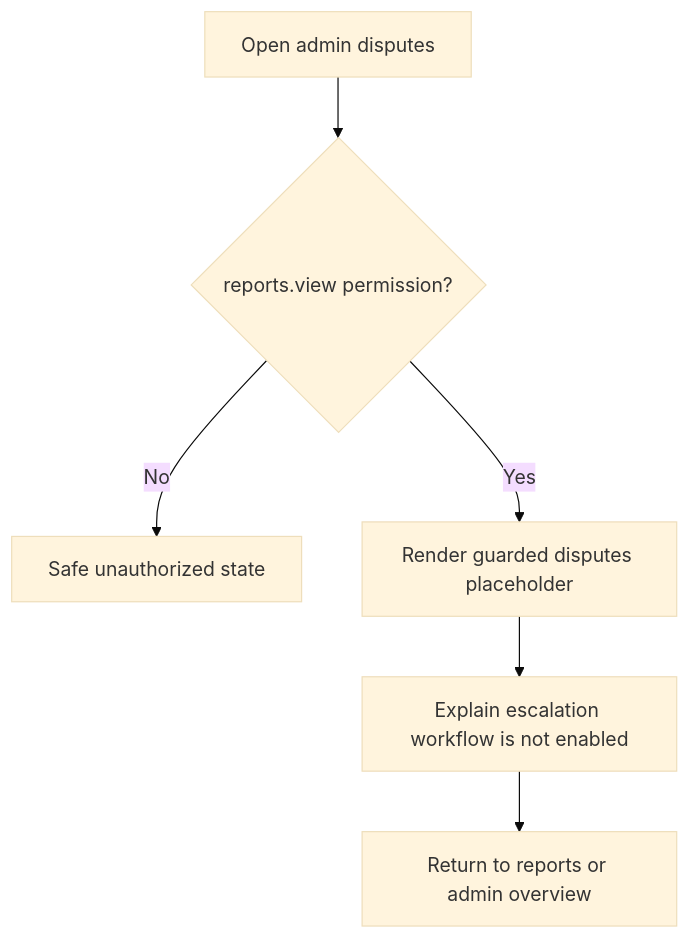
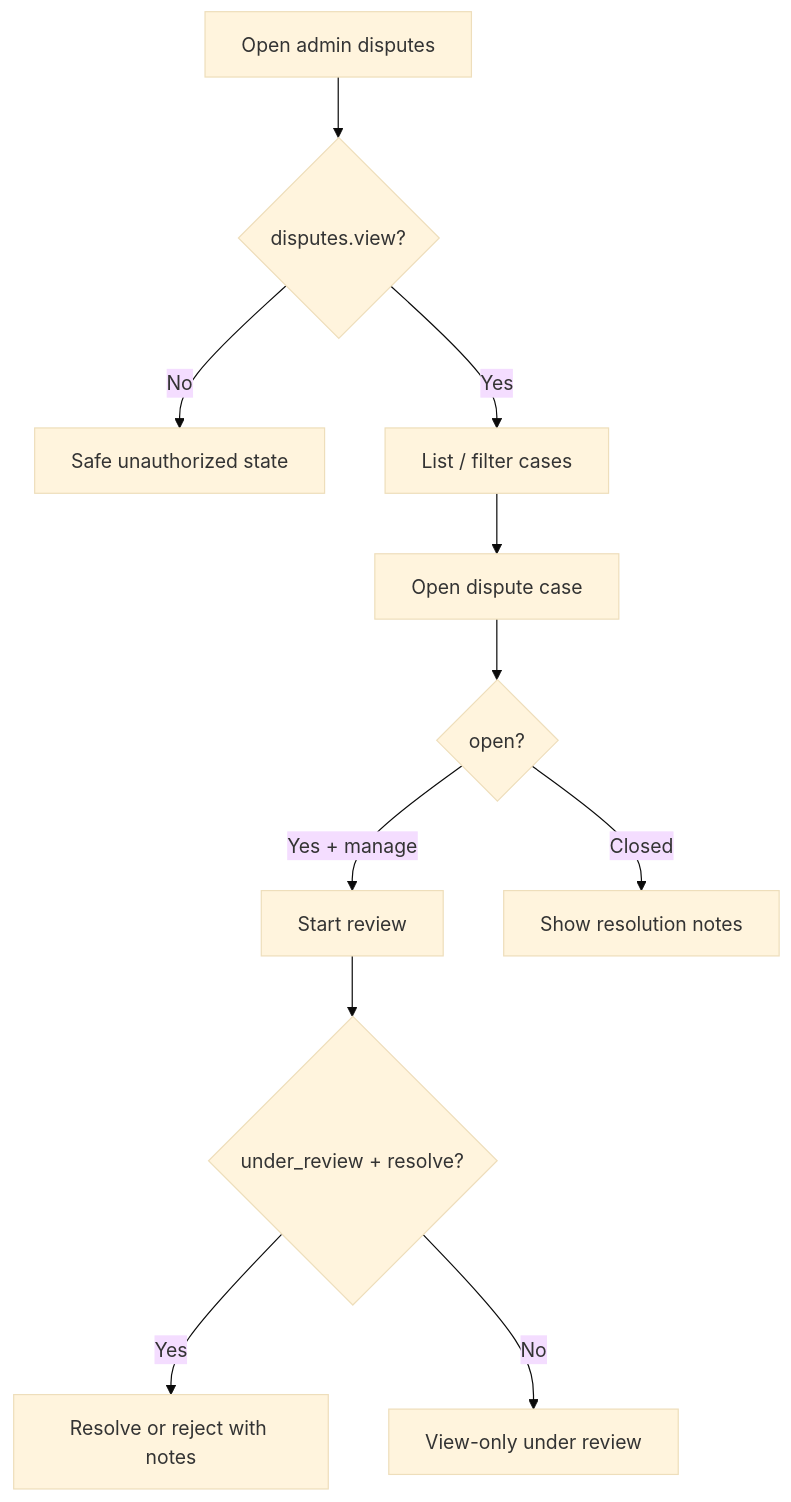
Before and after one commit to Jassim3nidad/venora: diagram 32 of 32 in docs/design/user-flows.md, drawn with Mermaid (base theme). The commit also changed other lines of this file and 25 other files, not shown here.

First line of the commit message:
feat(disputes): ship scoped case management

````diff
--- a/docs/design/user-flows.md
+++ b/docs/design/user-flows.md
@@ -649,8 +651,13 @@
 ```mermaid
 flowchart TD
-  A["Open admin disputes"] --> B{"reports.view permission?"}
+  A["Open admin disputes"] --> B{"disputes.view?"}
   B -->|No| C["Safe unauthorized state"]
-  B -->|Yes| D["Render guarded disputes placeholder"]
-  D --> E["Explain escalation workflow is not enabled"]
-  E --> F["Return to reports or admin overview"]
+  B -->|Yes| D["List / filter cases"]
+  D --> E["Open dispute case"]
+  E --> F{"open?"}
+  F -->|Yes + manage| G["Start review"]
+  G --> H{"under_review + resolve?"}
+  H -->|Yes| I["Resolve or reject with notes"]
+  H -->|No| J["View-only under review"]
+  F -->|Closed| K["Show resolution notes"]
 ```
````
